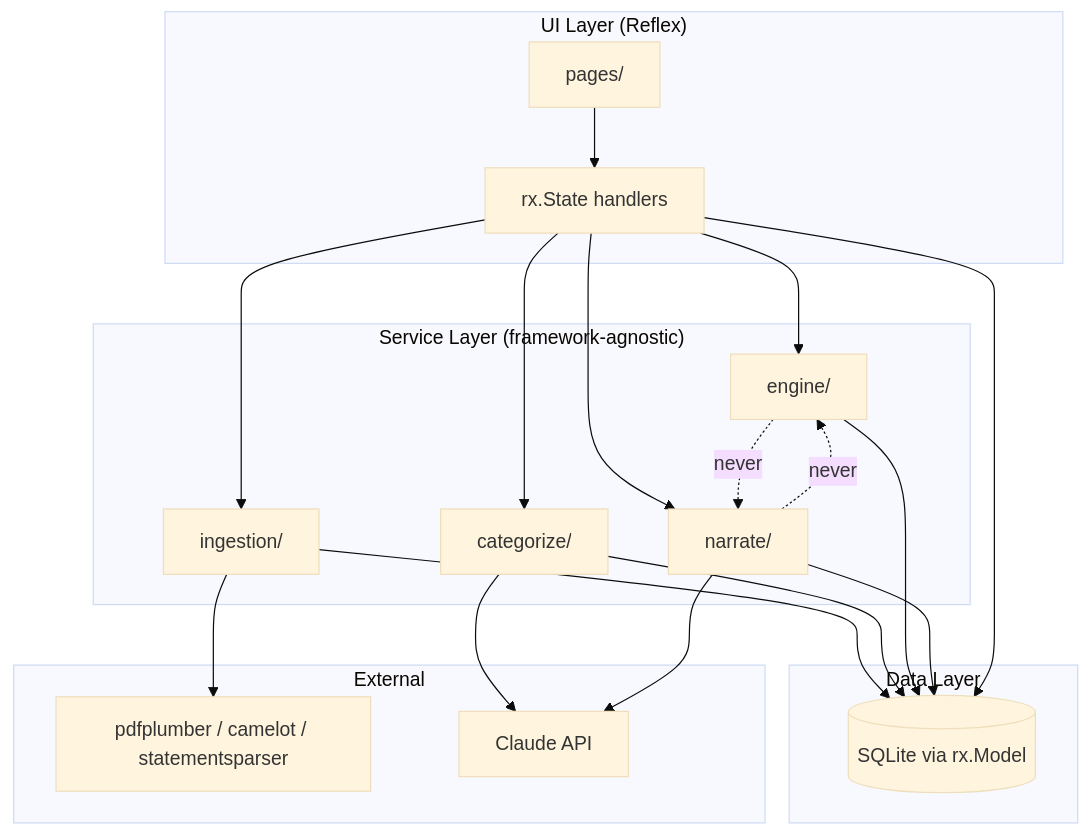
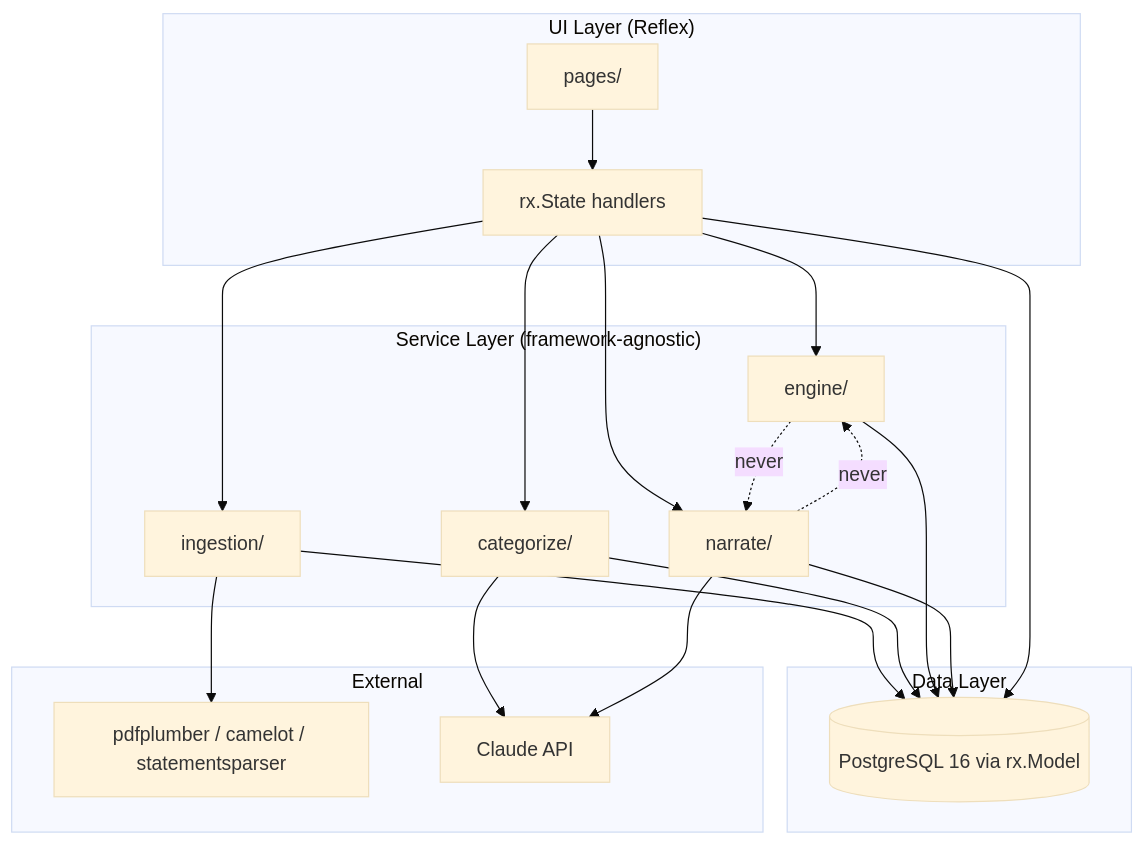
One commit to panchadir/AI-Powered-Personal-Finance-Analyzer changed the first of 3 diagrams in _bmad-output/planning-artifacts/architecture/architecture-AI-Powered-Personal-Finance-Analyzer-2026-07-08/ARCHITECTURE-SPINE.md. Above: the diagram before and after it, drawn with Mermaid (base theme). The commit also changed other lines of this file and 4 other files, not shown here.

First line of the commit message:
docs(planning): align planning artifacts to PostgreSQL as the Phase-1 store

````diff
--- a/_bmad-output/planning-artifacts/architecture/architecture-AI-Powered-Personal-Finance-Analyzer-2026-07-08/ARCHITECTURE-SPINE.md
+++ b/_bmad-output/planning-artifacts/architecture/architecture-AI-Powered-Personal-Finance-Analyzer-2026-07-08/ARCHITECTURE-SPINE.md
@@ -35,35 +35,35 @@
 ```mermaid
 graph TD
     subgraph UI["UI Layer (Reflex)"]
         P[pages/] --> S[rx.State handlers]
     end
     subgraph SVC["Service Layer (framework-agnostic)"]
         ING[ingestion/]
         CAT[categorize/]
         ENG[engine/]
         NAR[narrate/]
     end
     subgraph DATA["Data Layer"]
-        DB[(SQLite via rx.Model)]
+        DB[(PostgreSQL 16 via rx.Model)]
     end
     subgraph EXT["External"]
         PDF[pdfplumber / camelot / statementsparser]
         LLM[Claude API]
     end
 
     S --> ING
     S --> CAT
     S --> ENG
     S --> NAR
     ING --> PDF
     CAT --> LLM
     NAR --> LLM
     ING --> DB
     CAT --> DB
     ENG --> DB
     NAR --> DB
     S --> DB
 
     ENG -. "never" .-> NAR
     NAR -. "never" .-> ENG
 ```
````
